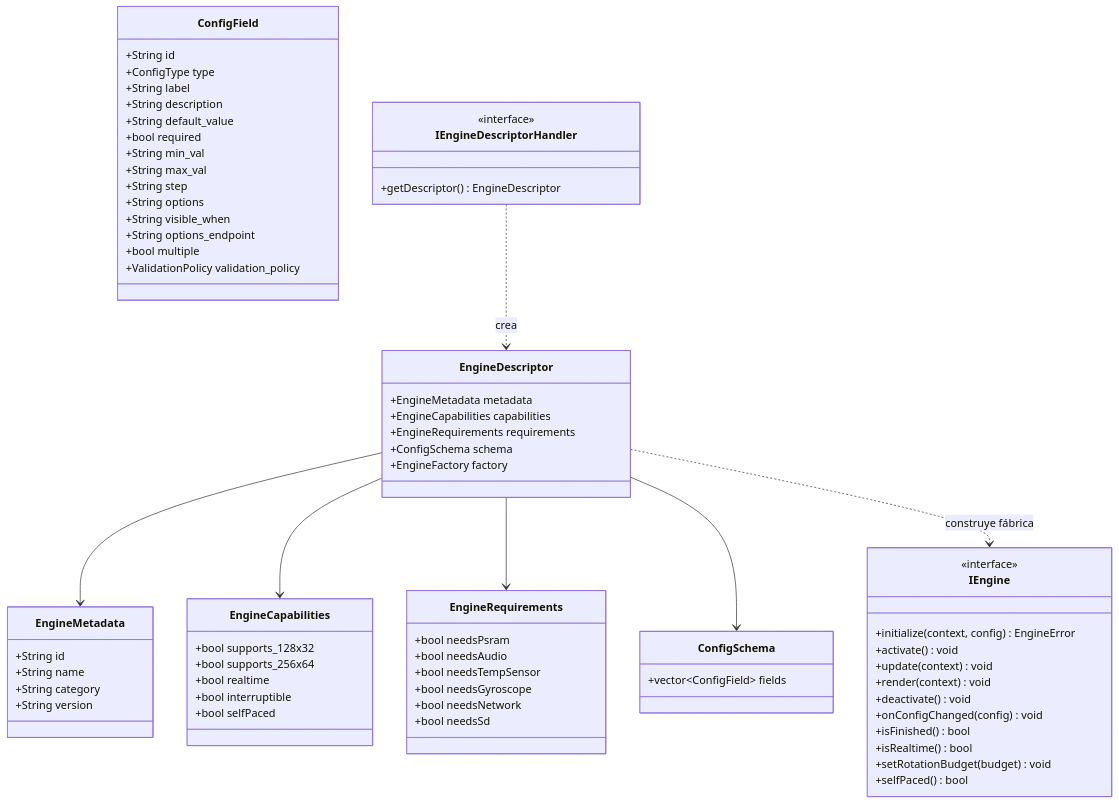
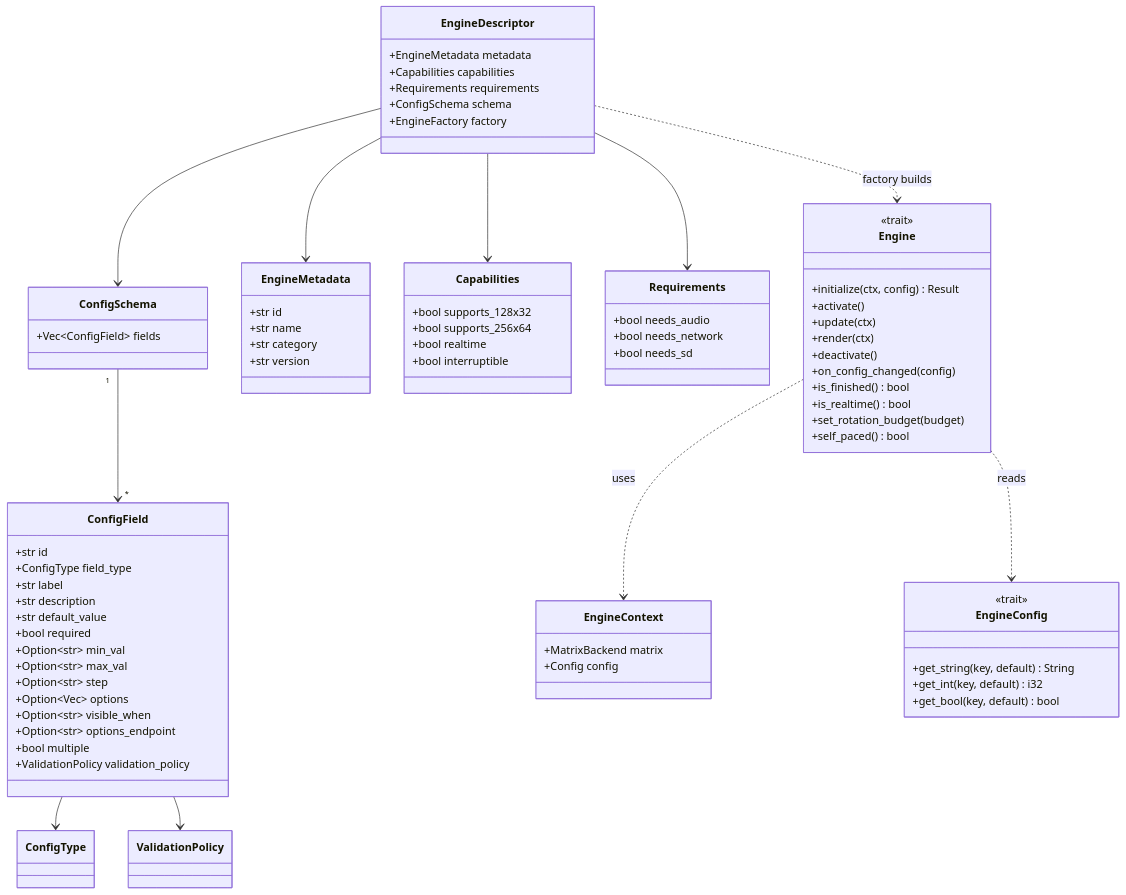
One commit to red77290/ArcadeMatrix changed the second of 15 diagrams in docs/ARCHITECTURE_ES.md. Above: the diagram before and after it, drawn with Mermaid. The commit also changed other lines of this file and 16 other files, not shown here.

````diff
--- a/docs/ARCHITECTURE_ES.md
+++ b/docs/ARCHITECTURE_ES.md
@@ -86,81 +90,88 @@
 ```mermaid
 classDiagram
-    class IEngine {
-        <<interface>>
-        +initialize(context, config) EngineError
-        +activate() void
-        +update(context) void
-        +render(context) void
-        +deactivate() void
-        +onConfigChanged(config) void
-        +isFinished() bool
-        +isRealtime() bool
-        +setRotationBudget(budget) void
-        +selfPaced() bool
+    class Engine {
+        <<trait>>
+        +initialize(ctx, config) Result
+        +activate()
+        +update(ctx)
+        +render(ctx)
+        +deactivate()
+        +on_config_changed(config)
+        +is_finished() bool
+        +is_realtime() bool
+        +set_rotation_budget(budget)
+        +self_paced() bool
     }
 
     class EngineDescriptor {
         +EngineMetadata metadata
-        +EngineCapabilities capabilities
-        +EngineRequirements requirements
+        +Capabilities capabilities
+        +Requirements requirements
         +ConfigSchema schema
         +EngineFactory factory
     }
 
     class EngineMetadata {
-        +String id
-        +String name
-        +String category
-        +String version
+        +str id
+        +str name
+        +str category
+        +str version
     }
 
-    class EngineCapabilities {
+    class Capabilities {
         +bool supports_128x32
         +bool supports_256x64
         +bool realtime
         +bool interruptible
-        +bool selfPaced
     }
 
-    class EngineRequirements {
-        +bool needsPsram
-        +bool needsAudio
-        +bool needsTempSensor
-        +bool needsGyroscope
-        +bool needsNetwork
-        +bool needsSd
+    class Requirements {
+        +bool needs_audio
+        +bool needs_network
+        +bool needs_sd
     }
 
     class ConfigSchema {
-        +vector~ConfigField~ fields
+        +Vec~ConfigField~ fields
     }
 
     class ConfigField {
-        +String id
-        +ConfigType type
-        +String label
-        +String description
-        +String default_value
+        +str id
+        +ConfigType field_type
+        +str label
+        +str description
+        +str default_value
         +bool required
-        +String min_val
-        +String max_val
-        +String step
-        +String options
-        +String visible_when
-        +String options_endpoint
+        +Option~str~ min_val
+        +Option~str~ max_val
+        +Option~str~ step
+        +Option~Vec~ options
+        +Option~str~ visible_when
+        +Option~str~ options_endpoint
         +bool multiple
         +ValidationPolicy validation_policy
     }
 
-    class IEngineDescriptorHandler {
-        <<interface>>
-        +getDescriptor() EngineDescriptor
+    class EngineContext {
+        +MatrixBackend matrix
+        +Config config
+    }
+
+    class EngineConfig {
+        <<trait>>
+        +get_string(key, default) String
+        +get_int(key, default) i32
+        +get_bool(key, default) bool
     }
 
     EngineDescriptor --> EngineMetadata
-    EngineDescriptor --> EngineCapabilities
-    EngineDescriptor --> EngineRequirements
+    EngineDescriptor --> Capabilities
+    EngineDescriptor --> Requirements
     EngineDescriptor --> ConfigSchema
-    EngineDescriptor ..> IEngine : construye fábrica
-    IEngineDescriptorHandler ..> EngineDescriptor : crea
+    EngineDescriptor ..> Engine : factory builds
+    ConfigSchema "1" --> "*" ConfigField
+    ConfigField --> ConfigType
+    ConfigField --> ValidationPolicy
+    Engine ..> EngineContext : uses
+    Engine ..> EngineConfig : reads
 ```
````
